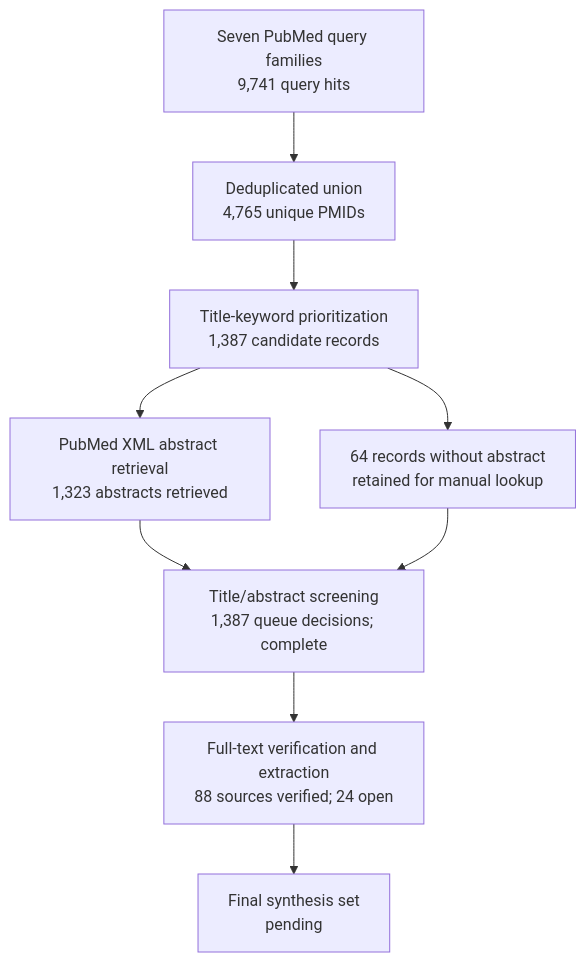
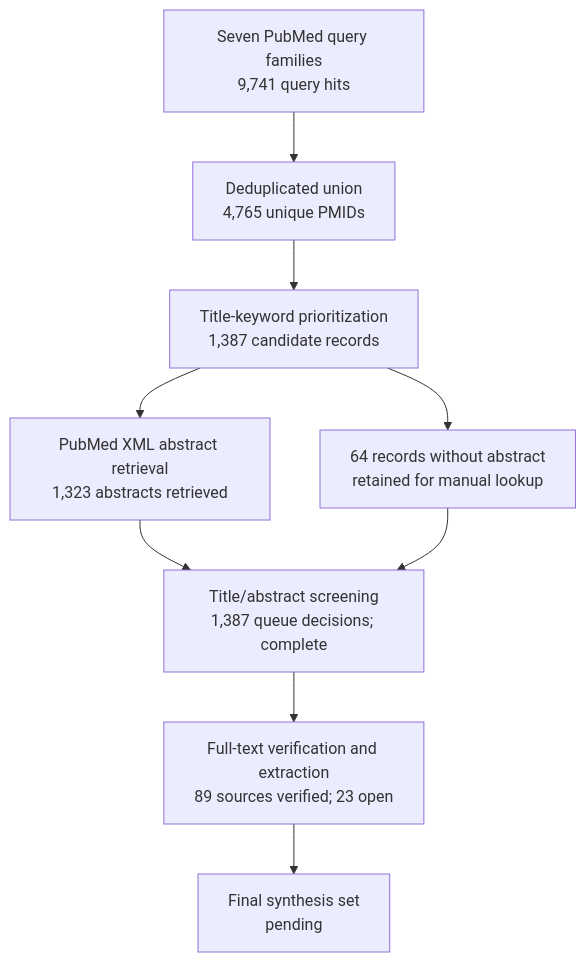
One commit to dcmcshan/artemisia changed the diagram in manuscript/review-flow.md. Above: the diagram before and after it, drawn with Mermaid. The commit also changed other lines of this file and 14 other files, not shown here.

Commit message:
Verify A. indica antiprotozoal full text

````diff
--- a/manuscript/review-flow.md
+++ b/manuscript/review-flow.md
@@ -5,11 +5,11 @@
 ```mermaid
 flowchart TB
   Q[Seven PubMed query families<br/>9,741 query hits] --> U[Deduplicated union<br/>4,765 unique PMIDs]
   U --> T[Title-keyword prioritization<br/>1,387 candidate records]
   T --> A[PubMed XML abstract retrieval<br/>1,323 abstracts retrieved]
   T --> N[64 records without abstract<br/>retained for manual lookup]
   A --> M[Title/abstract screening<br/>1,387 queue decisions; complete]
   N --> M
-  M --> F[Full-text verification and extraction<br/>88 sources verified; 24 open]
+  M --> F[Full-text verification and extraction<br/>89 sources verified; 23 open]
   F --> S[Final synthesis set<br/>pending]
 ```
````
